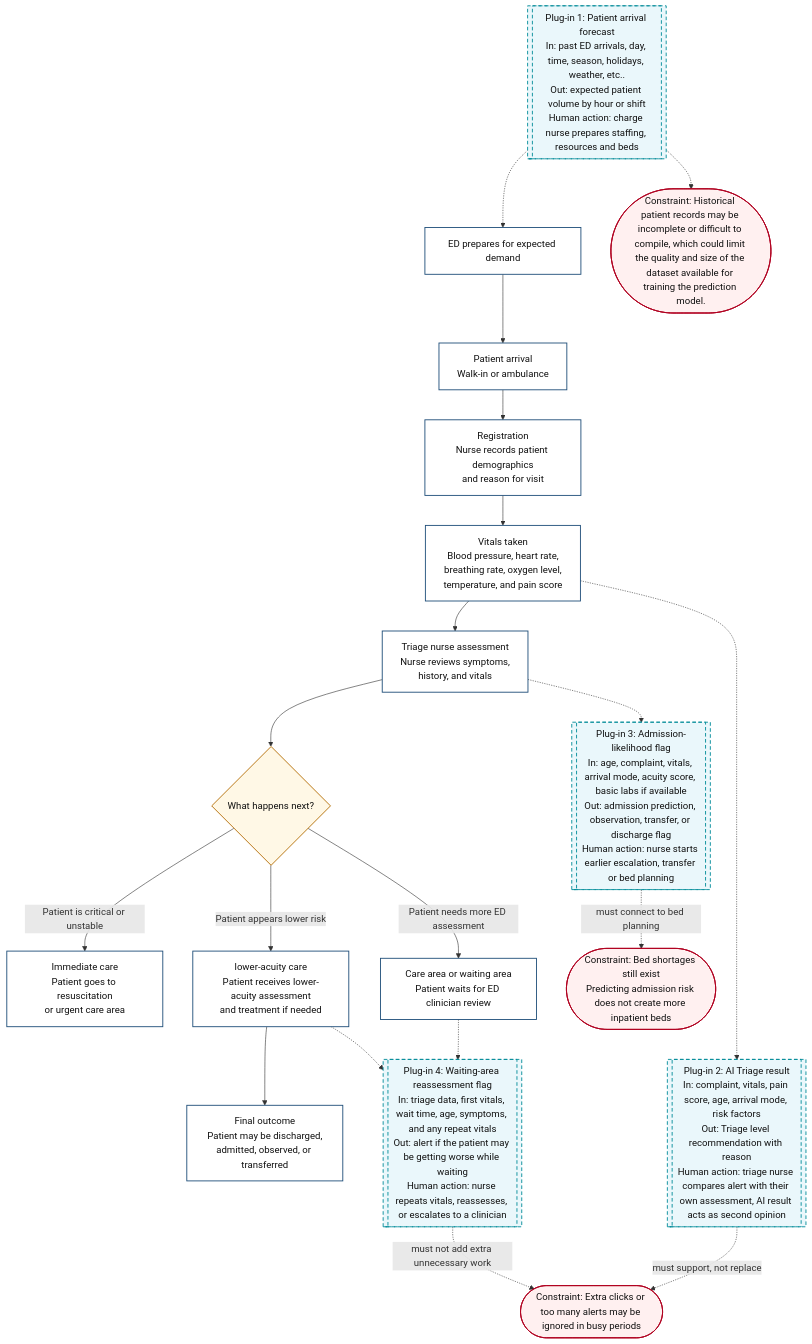
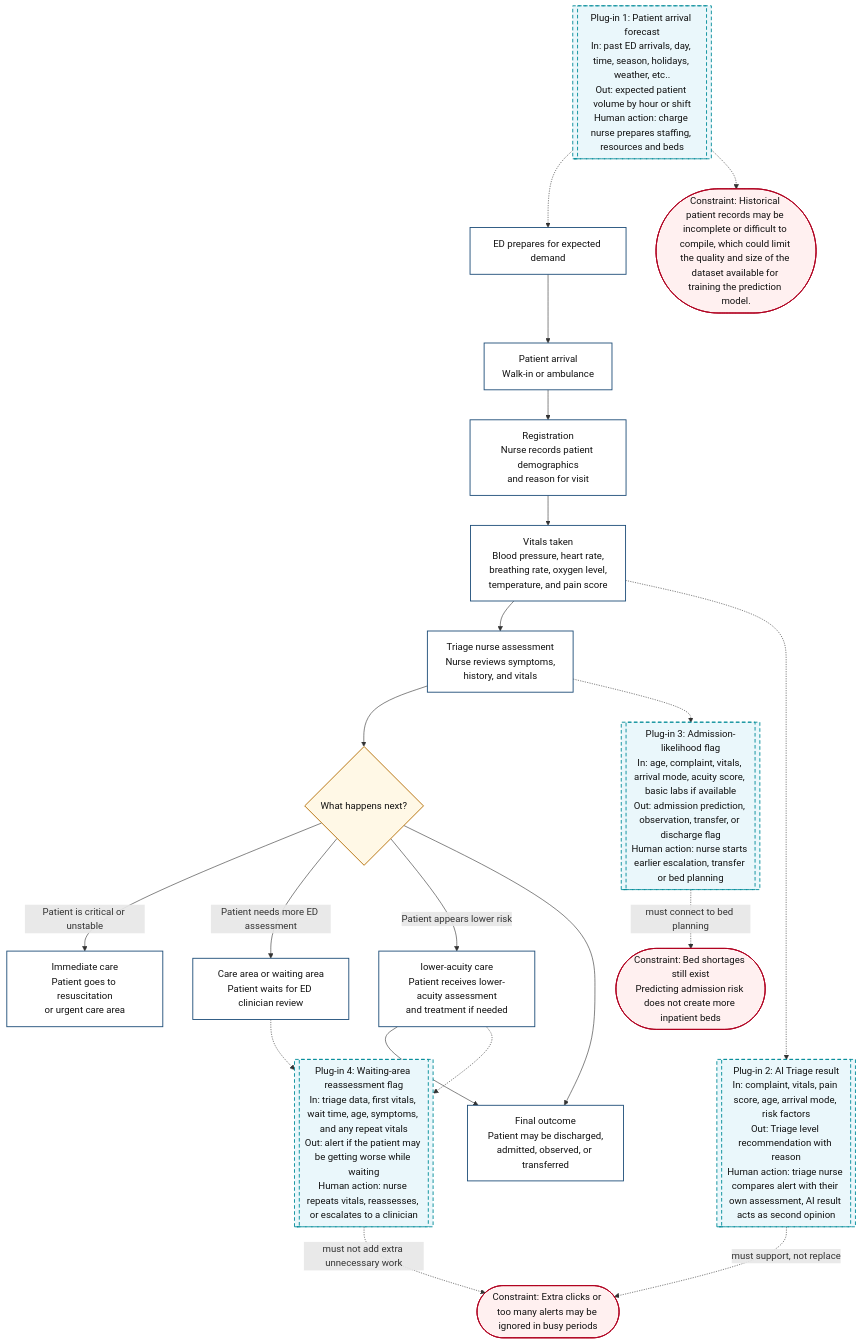
One commit to tinadams/carisurg-portfolio changed the diagram in docs/week_3_workflow_diagram.md. Above: the diagram before and after it, drawn with Mermaid.

````diff
--- a/docs/week_3_workflow_diagram.md
+++ b/docs/week_3_workflow_diagram.md
@@ -1,57 +1,59 @@
 ```mermaid
 flowchart TD
 
 A[Patient arrival<br/>Walk-in or ambulance] --> B[Registration<br/>Nurse records patient demographics<br/>and reason for visit]
 
 B --> C[Vitals taken<br/>Blood pressure, heart rate,<br/>breathing rate, oxygen level,<br/>temperature, and pain score]
 
 C --> D[Triage nurse assessment<br/>Nurse reviews symptoms,<br/>history, and vitals]
 
 D --> E{What happens next?}
 
 E -->|Patient is critical or unstable| F[Immediate care<br/>Patient goes to resuscitation<br/>or urgent care area]
 
 E -->|Patient needs more ED assessment| G[Care area or waiting area<br/>Patient waits for ED clinician review]
 
 E -->|Patient appears lower risk| H[lower-acuity care<br/>Patient receives lower-acuity assessment<br/>and treatment if needed]
 
 H --> I[Final outcome<br/>Patient may be discharged,<br/>admitted, observed, or transferred]
+
+E --> I[Final outcome<br/>Patient may be discharged,<br/>admitted, observed, or transferred]
 
 AI1[[Plug-in 1: Patient arrival forecast<br/>In: past ED arrivals, day, time, season, holidays, weather, etc..<br/>Out: expected patient volume by hour or shift<br/>Human action: charge nurse prepares staffing, resources and beds]]
 
 AI2[[Plug-in 2: AI Triage result<br/>In: complaint, vitals, pain score, age, arrival mode, risk factors<br/>Out: Triage level recommendation with reason<br/>Human action: triage nurse compares alert with their own assessment, AI result acts as second opinion]]
 
 AI3[[Plug-in 3: Admission-likelihood flag<br/>In: age, complaint, vitals, arrival mode, acuity score, basic labs if available<br/>Out: admission prediction, observation, transfer, or discharge flag<br/>Human action: nurse starts earlier escalation, transfer or bed planning]]
 
 AI4[[Plug-in 4: Waiting-area reassessment flag<br/>In: triage data, first vitals, wait time, age, symptoms, and any repeat vitals<br/>Out: alert if the patient may be getting worse while waiting<br/>Human action: nurse repeats vitals, reassesses, or escalates to a clinician]]
 
 PRE[ED prepares for expected demand]
 
 AI1 -.-> PRE
 PRE --> A
 D -.-> AI3
 C -.-> AI2
 G -.-> AI4
 H -.-> AI4
 
 C1([Constraint: Historical patient records may be incomplete or difficult to compile, which could limit the quality and size of the dataset available for training the prediction model.])
 
 C2([Constraint: Extra clicks or too many alerts may be ignored in busy periods])
 
 C3([Constraint: Bed shortages still exist<br/>Predicting admission risk does not create more inpatient beds])
 
 AI1 -.-> C1
 AI2 -. must support, not replace .-> C2
 AI3 -. must connect to bed planning .-> C3
 AI4 -. must not add extra unnecessary work .-> C2
 
 classDef process fill:#ffffff,stroke:#1f4e79,stroke-width:1.5px,color:#111;
 classDef decision fill:#fff8e6,stroke:#b36b00,stroke-width:1.5px,color:#111;
 classDef ai fill:#eaf7fb,stroke:#008c99,stroke-width:1.5px,stroke-dasharray: 6 4,color:#111;
 classDef constraint fill:#fff0f0,stroke:#b00020,stroke-width:1.5px,color:#111;
 
 class A,B,C,D,F,G,H,I,PRE process;
 class E decision;
 class AI1,AI2,AI3,AI4 ai;
 class C1,C2,C3 constraint;
 ```
````
